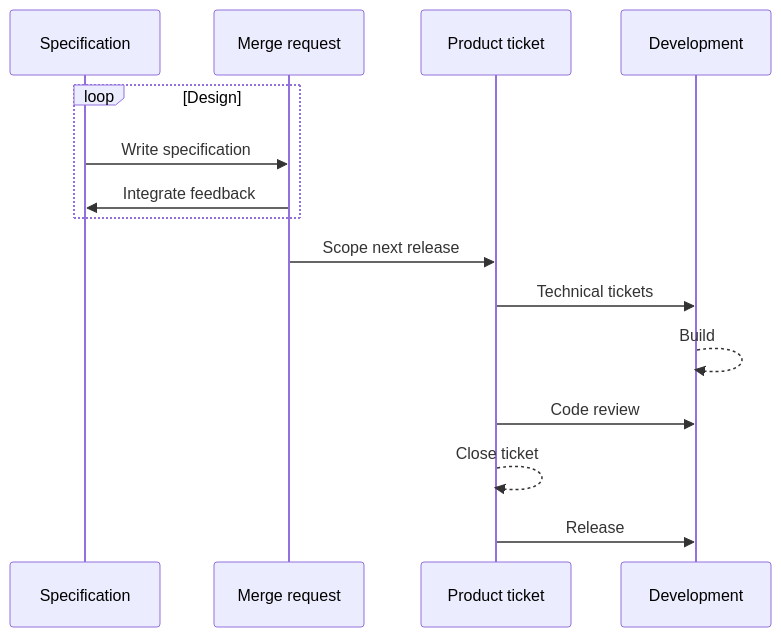
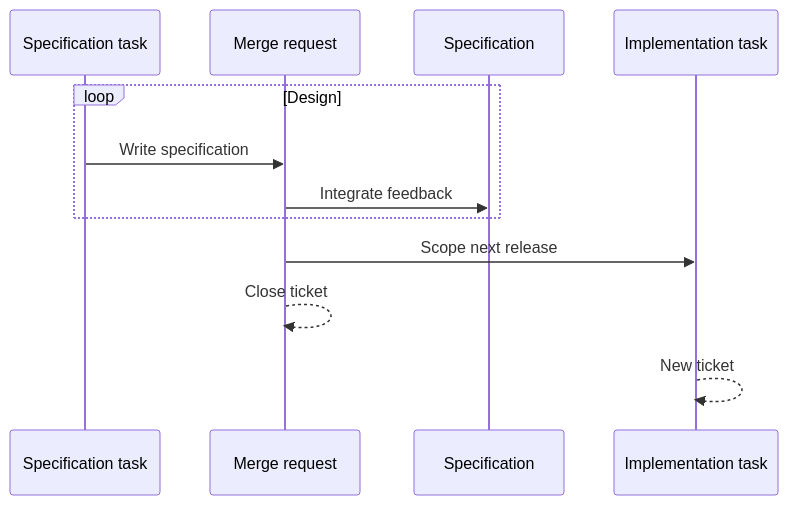
Before and after one commit to vegaprotocol/specs: the first of 2 diagrams in README.md, drawn with Mermaid. The commit also changed other lines of this file, not shown here.

````diff
--- a/README.md
+++ b/README.md
@@ -46,15 +38,10 @@
 ```mermaid
 sequenceDiagram
     loop Design
-        Specification->>Merge request: Write specification
+        Specification task->>Merge request: Write specification
 Merge request->>Specification: Integrate feedback    
     end
-Merge request->>Product ticket: Scope next release
-        Product ticket->>Development: Technical tickets
-        Development-->>Development: Build
-Product ticket->>Development: Code review
-       Product ticket-->>Product ticket: Close ticket
-        Product ticket->>Development: Release
- 
-
+Merge request->>Implementation task: Scope next release
+        Merge request -->>Merge request: Close ticket
+        Implementation task -->>Implementation task: New ticket 
 ```
````
